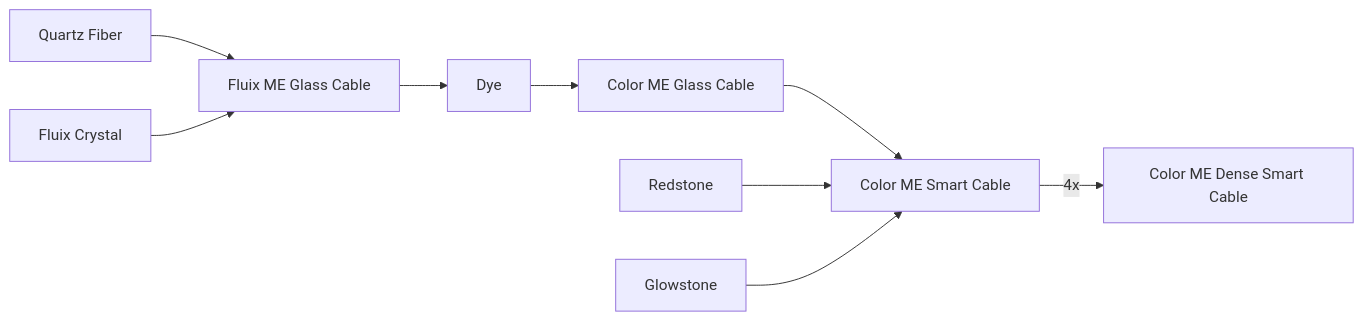
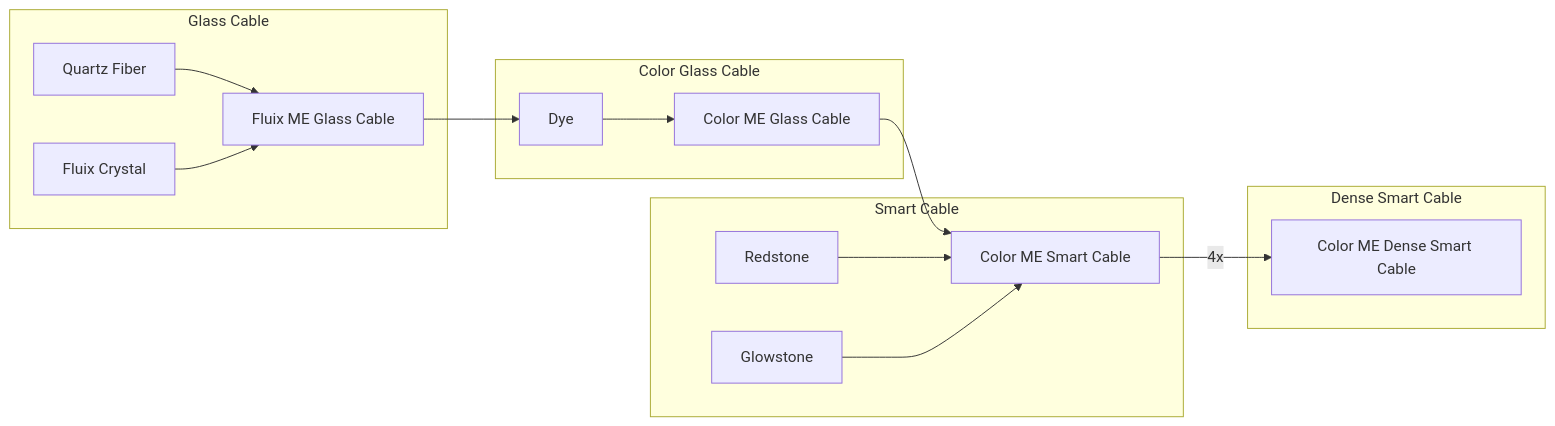
One commit to res0nat0r/minecraft changed the diagram in docs/FTB-Skies-Expert/cables.md. Above: the diagram before and after it, drawn with Mermaid. The commit also changed 53 other files, not shown here.

````diff
--- a/docs/FTB-Skies-Expert/cables.md
+++ b/docs/FTB-Skies-Expert/cables.md
@@ -3,22 +3,30 @@
 ```mermaid
 %%{
 init: {
 "flowchart":{
 "useMaxWidth": 0
 }
 }
 }%%
 
 graph LR
 
+subgraph Glass Cable
 quartz_fiber[Quartz Fiber] --> fluix_me_glass_cable[Fluix ME Glass Cable]
 fluix_crystal[Fluix Crystal] --> fluix_me_glass_cable
+end
 
+subgraph Color Glass Cable
 fluix_me_glass_cable --> dye[Dye] --> color_me_glass_cable[Color ME Glass Cable]
+end
 
+subgraph Smart Cable
 color_me_glass_cable --> color_me_smart_cable[Color ME Smart Cable]
 redstone[Redstone] --> color_me_smart_cable[Color ME Smart Cable]
 glowstone[Glowstone] --> color_me_smart_cable[Color ME Smart Cable]
+end
 
+subgraph Dense Smart Cable
 color_me_smart_cable -->|4x| color_me_dense_smart_cable[Color ME Dense Smart Cable]
+end
 ```
````
